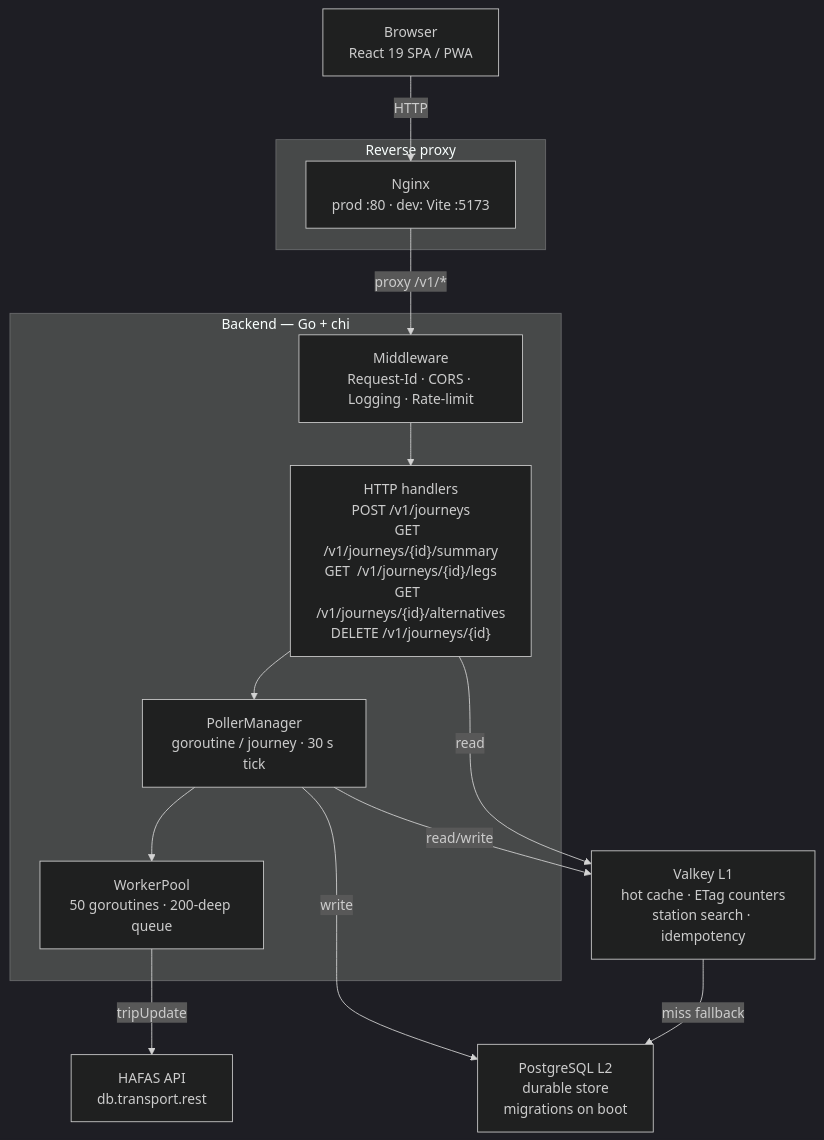
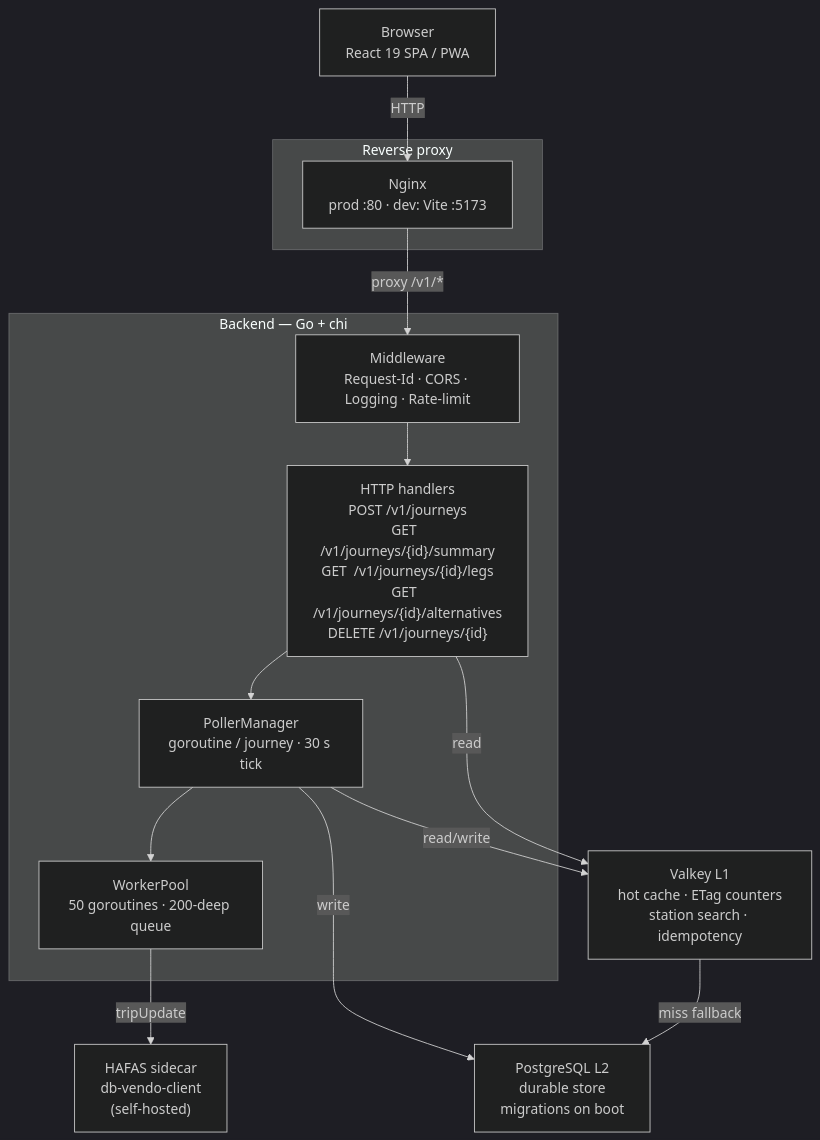
The diagram in website/docs/architecture/overview.md (mgummich/train-delay-buddy), drawn with Mermaid (dark theme) before and after one commit. The commit also changed 21 other files, not shown here.

````diff
--- a/website/docs/architecture/overview.md
+++ b/website/docs/architecture/overview.md
@@ -9,30 +9,30 @@
 ```mermaid
 graph TD
   Browser["Browser\nReact 19 SPA / PWA"]
 
   subgraph Proxy["Reverse proxy"]
     Nginx["Nginx\nprod :80  ·  dev: Vite :5173"]
   end
 
   subgraph BE["Backend — Go + chi"]
     MW["Middleware\nRequest-Id · CORS · Logging · Rate-limit"]
     Handlers["HTTP handlers\nPOST /v1/journeys\nGET  /v1/journeys/{id}/summary\nGET  /v1/journeys/{id}/legs\nGET  /v1/journeys/{id}/alternatives\nDELETE /v1/journeys/{id}"]
     Poller["PollerManager\ngoroutine / journey · 30 s tick"]
     Pool["WorkerPool\n50 goroutines · 200-deep queue"]
   end
 
-  HAFAS["HAFAS API\ndb.transport.rest"]
+  HAFAS["HAFAS sidecar\ndb-vendo-client\n(self-hosted)"]
   Valkey["Valkey L1\nhot cache · ETag counters\nstation search · idempotency"]
   Postgres["PostgreSQL L2\ndurable store\nmigrations on boot"]
 
   Browser -->|HTTP| Nginx
   Nginx   -->|proxy /v1/*| MW
   MW      --> Handlers
   Handlers --> Poller
   Poller  --> Pool
   Pool    -->|tripUpdate| HAFAS
   Poller  -->|read/write| Valkey
   Poller  -->|write| Postgres
   Handlers -->|read| Valkey
   Valkey  -->|miss fallback| Postgres
 ```
````
